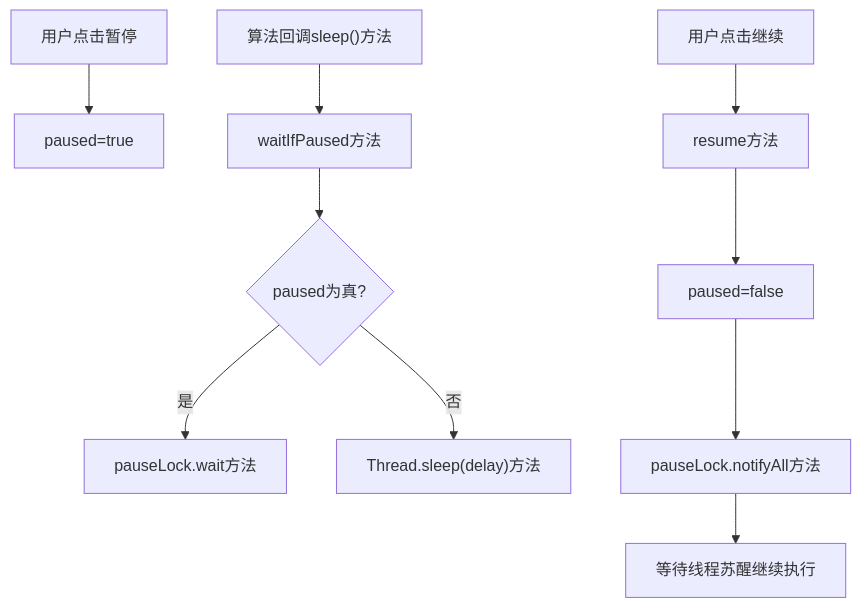
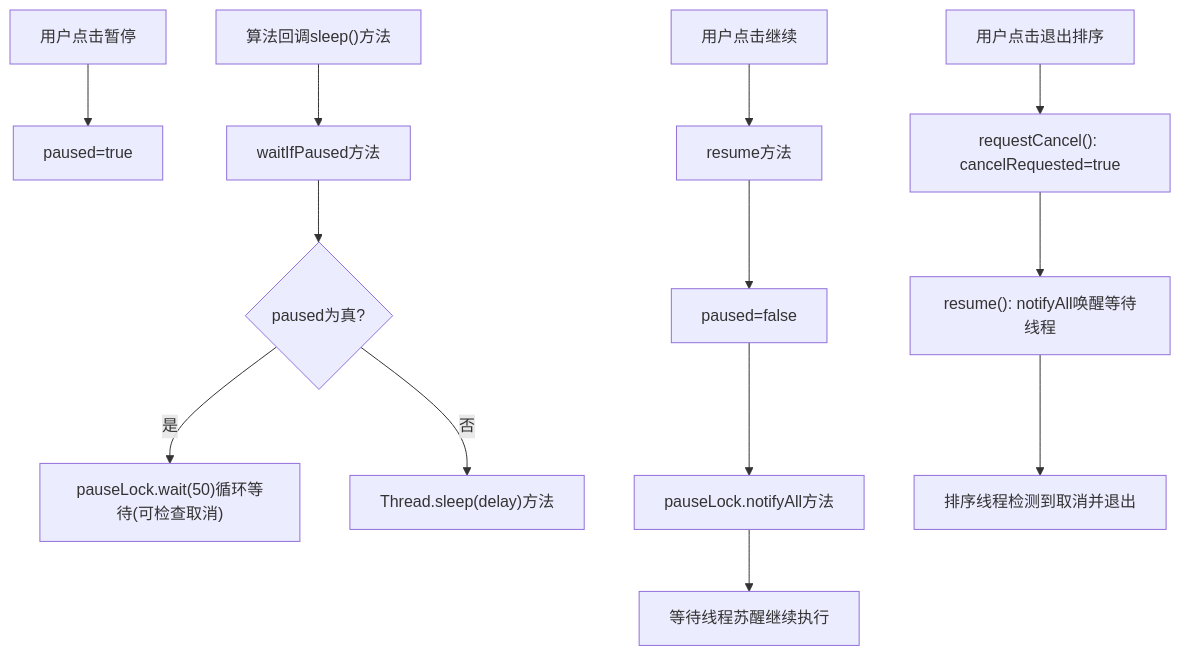
One commit to emmm-2333/sorting-visualizer-java changed the fourth of 16 diagrams in 详细设计与编码调试分析_中文版.md. Above: the diagram before and after it, drawn with Mermaid. The commit also changed other lines of this file and 2 other files, not shown here.

````diff
--- a/详细设计与编码调试分析_中文版.md
+++ b/详细设计与编码调试分析_中文版.md
@@ -241,13 +256,17 @@
 ```mermaid
 flowchart TD
   A[用户点击暂停] --> B[paused=true]
   C["算法回调sleep()方法"] --> D[waitIfPaused方法]
   D --> E{paused为真?}
-  E -->|是| F[pauseLock.wait方法]
+  E -->|是| F["pauseLock.wait(50)循环等待(可检查取消)"]
   E -->|否| G["Thread.sleep(delay)方法"]
 
   H[用户点击继续] --> I[resume方法]
   I --> J[paused=false]
   J --> K[pauseLock.notifyAll方法]
   K --> L[等待线程苏醒继续执行]
+
+  M[用户点击退出排序] --> N["requestCancel(): cancelRequested=true"]
+  N --> O["resume(): notifyAll唤醒等待线程"]
+  O --> P[排序线程检测到取消并退出]
 ```
````
